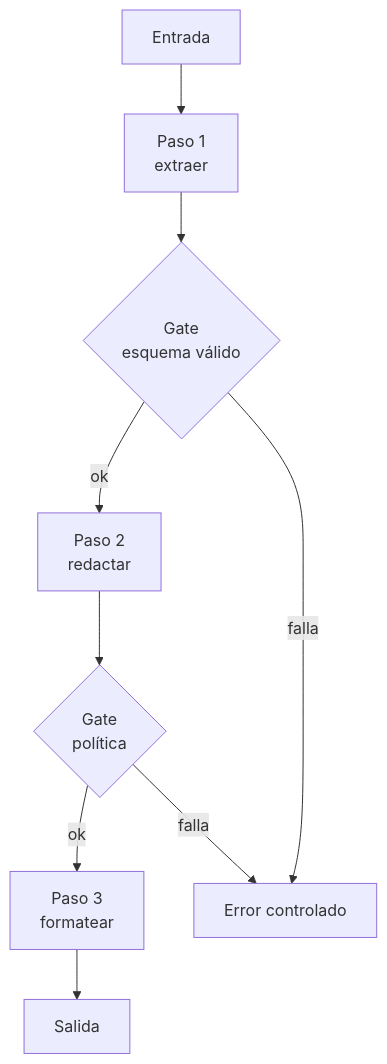
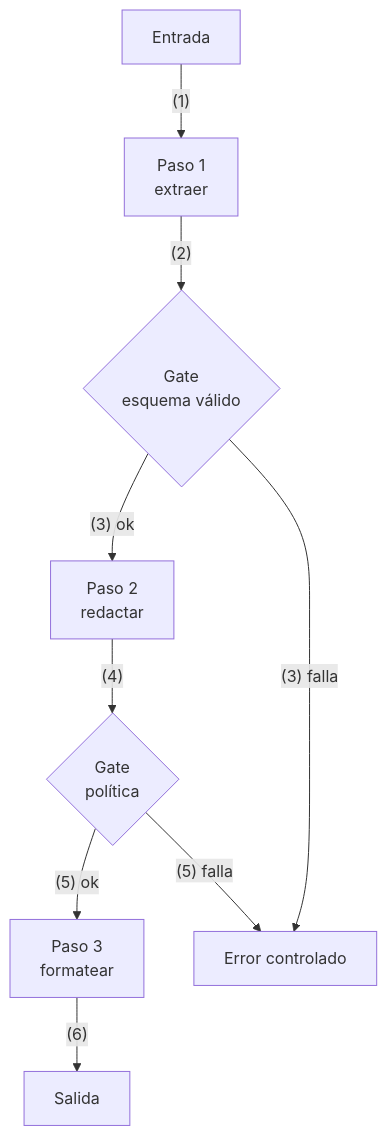
Before and after one commit to whinedo/ai-docs: the seventh of 47 diagrams in md/Patrones aplicados al desarrollo de agentes.md, drawn with Mermaid. The commit also changed other lines of this file and 12 other files, not shown here.

````diff
--- a/md/Patrones aplicados al desarrollo de agentes.md
+++ b/md/Patrones aplicados al desarrollo de agentes.md
@@ -260,11 +363,11 @@
 ```mermaid
 flowchart TB
-  IN["Entrada"] --> S1["Paso 1<br/>extraer"]
-  S1 --> G1{"Gate<br/>esquema válido"}
-  G1 -- "ok" --> S2["Paso 2<br/>redactar"]
-  S2 --> G2{"Gate<br/>política"}
-  G2 -- "ok" --> S3["Paso 3<br/>formatear"]
-  S3 --> OUT["Salida"]
-  G1 -- "falla" --> X["Error controlado"]
-  G2 -- "falla" --> X
+  IN["Entrada"] -- "(1)" --> S1["Paso 1<br/>extraer"]
+  S1 -- "(2)" --> G1{"Gate<br/>esquema válido"}
+  G1 -- "(3) ok" --> S2["Paso 2<br/>redactar"]
+  S2 -- "(4)" --> G2{"Gate<br/>política"}
+  G2 -- "(5) ok" --> S3["Paso 3<br/>formatear"]
+  S3 -- "(6)" --> OUT["Salida"]
+  G1 -- "(3) falla" --> X["Error controlado"]
+  G2 -- "(5) falla" --> X
 ```
````
